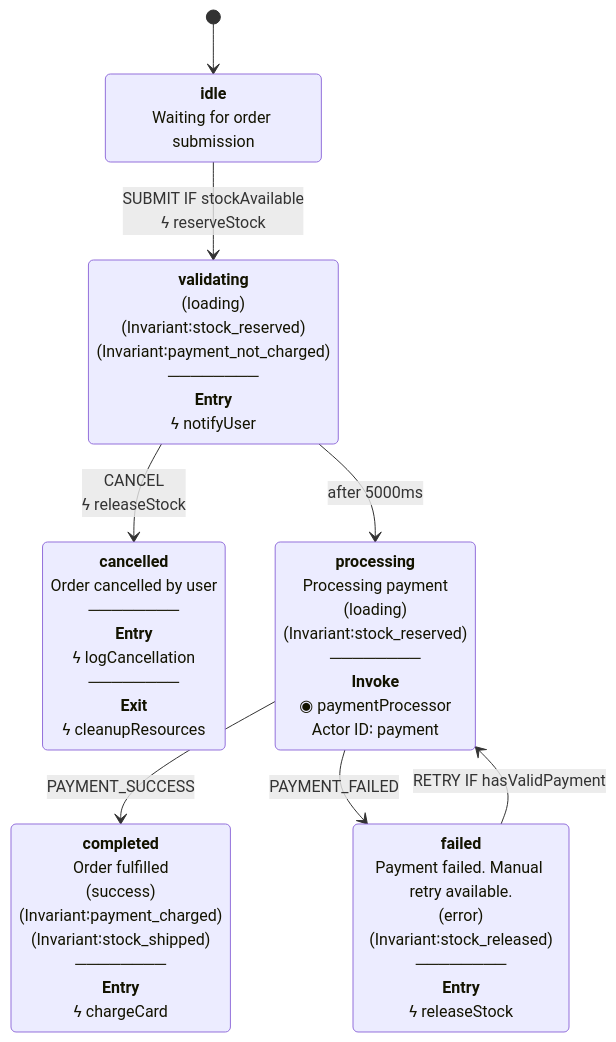
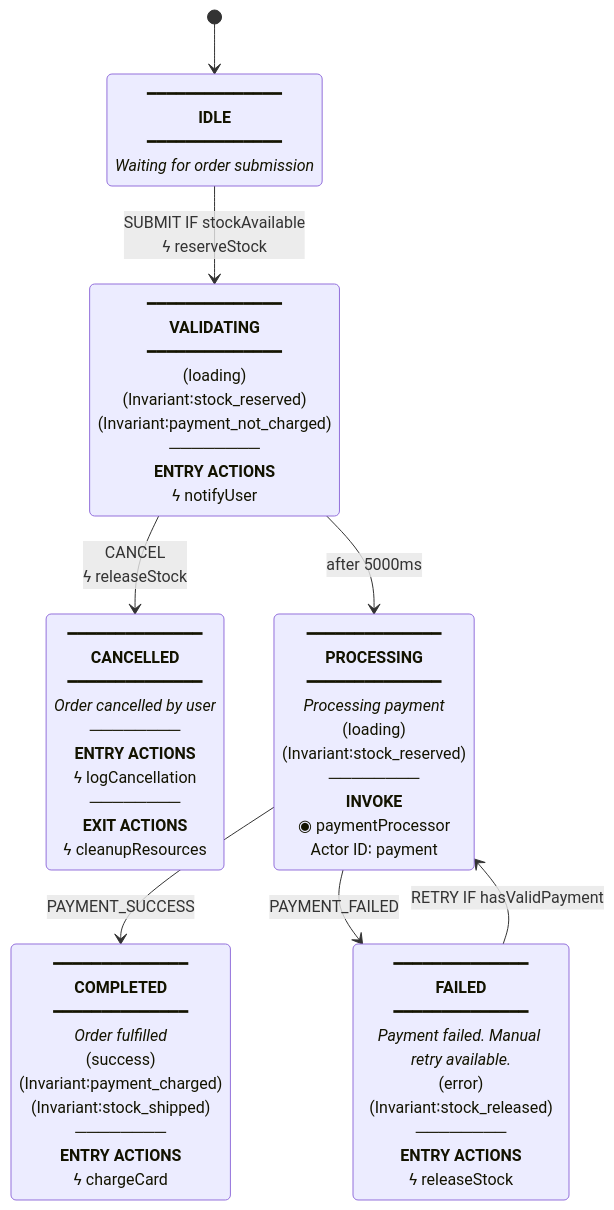
Before and after one commit to zitongcharliedeng/xstate-ts-to-mermaid: the diagram in README.md, drawn with Mermaid. The commit also changed other lines of this file and 2 other files, not shown here.

Commit message:
feat: enhance visual hierarchy with italic descriptions, ALL CAPS section titles
- State descriptions now in italic to distinguish from tags
- Section titles (ENTRY ACTIONS, EXIT ACTIONS, INVOKE) now ALL CAPS bold
- Better visual separation between content types
- Updated tests and README to match new format

🤖 Generated with [Claude Code](https://claude.com/claude-code)

````diff
--- a/README.md
+++ b/README.md
@@ -140,16 +142,16 @@
 ```mermaid
 stateDiagram-v2
     [*] --> idle
-    idle: <b>idle</b><br/>Waiting for order submission
+    idle: ━━━━━━━━━━━━━━<br/><b>IDLE</b><br/>━━━━━━━━━━━━━━<br/><i>Waiting for order submission</i>
     idle --> validating: SUBMIT IF stockAvailable<br/>ϟ reserveStock
-    validating: <b>validating</b><br/>(loading)<br/>(Invariant∶stock_reserved)<br/>(Invariant∶payment_not_charged)<br/>────────<br/><b>Entry</b><br/>ϟ notifyUser
+    validating: ━━━━━━━━━━━━━━<br/><b>VALIDATING</b><br/>━━━━━━━━━━━━━━<br/>(loading)<br/>(Invariant∶stock_reserved)<br/>(Invariant∶payment_not_charged)<br/>────────<br/><b>ENTRY ACTIONS</b><br/>ϟ notifyUser
     validating --> cancelled: CANCEL<br/>ϟ releaseStock
     validating --> processing: after 5000ms
-    processing: <b>processing</b><br/>Processing payment<br/>(loading)<br/>(Invariant∶stock_reserved)<br/>────────<br/><b>Invoke</b><br/>◉ paymentProcessor<br/>Actor ID∶ payment
+    processing: ━━━━━━━━━━━━━━<br/><b>PROCESSING</b><br/>━━━━━━━━━━━━━━<br/><i>Processing payment</i><br/>(loading)<br/>(Invariant∶stock_reserved)<br/>────────<br/><b>INVOKE</b><br/>◉ paymentProcessor<br/>Actor ID∶ payment
     processing --> completed: PAYMENT_SUCCESS
     processing --> failed: PAYMENT_FAILED
-    completed: <b>completed</b><br/>Order fulfilled<br/>(success)<br/>(Invariant∶payment_charged)<br/>(Invariant∶stock_shipped)<br/>────────<br/><b>Entry</b><br/>ϟ chargeCard
-    failed: <b>failed</b><br/>Payment failed. Manual retry available.<br/>(error)<br/>(Invariant∶stock_released)<br/>────────<br/><b>Entry</b><br/>ϟ releaseStock
+    completed: ━━━━━━━━━━━━━━<br/><b>COMPLETED</b><br/>━━━━━━━━━━━━━━<br/><i>Order fulfilled</i><br/>(success)<br/>(Invariant∶payment_charged)<br/>(Invariant∶stock_shipped)<br/>────────<br/><b>ENTRY ACTIONS</b><br/>ϟ chargeCard
+    failed: ━━━━━━━━━━━━━━<br/><b>FAILED</b><br/>━━━━━━━━━━━━━━<br/><i>Payment failed. Manual retry available.</i><br/>(error)<br/>(Invariant∶stock_released)<br/>────────<br/><b>ENTRY ACTIONS</b><br/>ϟ releaseStock
     failed --> processing: RETRY IF hasValidPayment
-    cancelled: <b>cancelled</b><br/>Order cancelled by user<br/>────────<br/><b>Entry</b><br/>ϟ logCancellation<br/>────────<br/><b>Exit</b><br/>ϟ cleanupResources
+    cancelled: ━━━━━━━━━━━━━━<br/><b>CANCELLED</b><br/>━━━━━━━━━━━━━━<br/><i>Order cancelled by user</i><br/>────────<br/><b>ENTRY ACTIONS</b><br/>ϟ logCancellation<br/>────────<br/><b>EXIT ACTIONS</b><br/>ϟ cleanupResources
 ```
````
